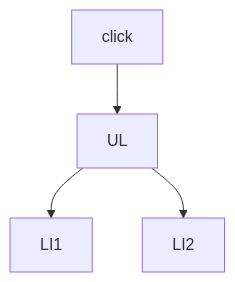
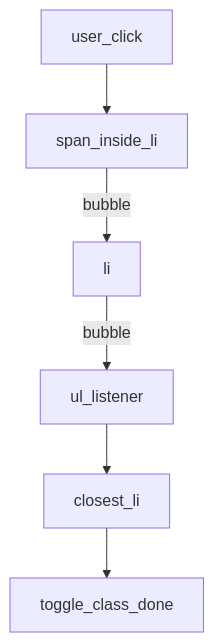
The diagram in nine-to-eighteen/ui/src/data/learn/js/js04-dom-events.md (AlexanderNY/cursor_test), drawn with Mermaid before and after one commit. The commit also changed other lines of this file and 3060 other files, not shown here.

````diff
--- a/nine-to-eighteen/ui/src/data/learn/js/js04-dom-events.md
+++ b/nine-to-eighteen/ui/src/data/learn/js/js04-dom-events.md
@@ -58,6 +110,8 @@
 ```mermaid
 flowchart TB
-  UL --> LI1
-  UL --> LI2
-  Click[click] --> UL
+  Click[user_click] --> Span[span_inside_li]
+  Span -->|bubble| Li[li]
+  Li -->|bubble| Ul[ul_listener]
+  Ul --> Closest[closest_li]
+  Closest --> Toggle[toggle_class_done]
 ```
````
